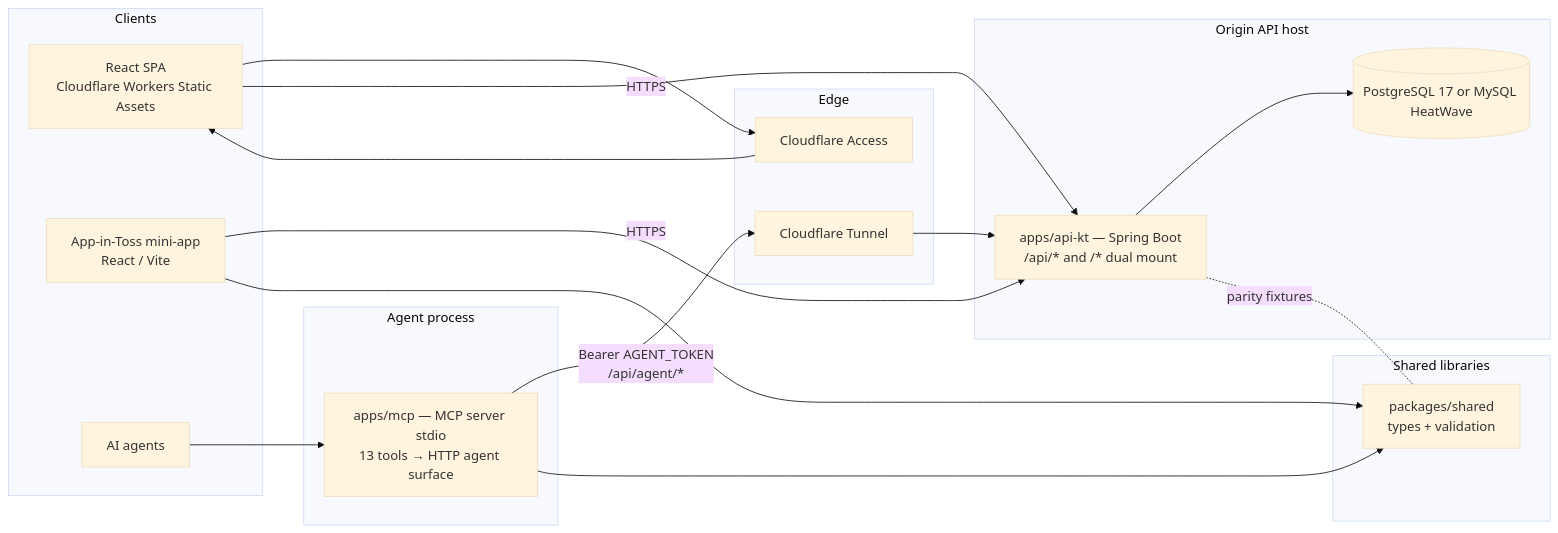
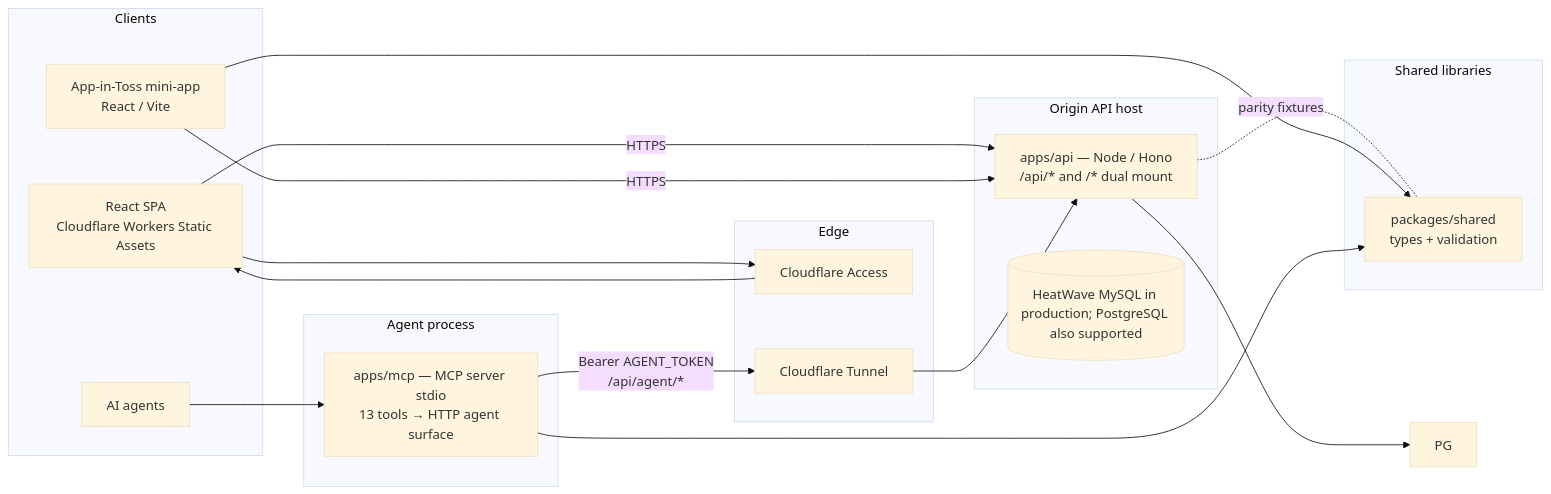
One commit to mgh3326/brewdial changed the diagram in README.md. Above: the diagram before and after it, drawn with Mermaid (base theme). The commit also changed other lines of this file and 130 other files, not shown here.

````diff
--- a/README.md
+++ b/README.md
@@ -30,38 +30,38 @@
 ```mermaid
 flowchart LR
   subgraph clients [Clients]
     WEB[React SPA<br/>Cloudflare Workers Static Assets]
     MINI[App-in-Toss mini-app<br/>React / Vite]
     AGENT[AI agents]
   end
 
   subgraph edge [Edge]
     CF_ACCESS[Cloudflare Access]
     CF_TUNNEL[Cloudflare Tunnel]
   end
 
   subgraph origin [Origin API host]
-    API["apps/api-kt — Spring Boot<br/>/api/* and /* dual mount"]
-    PG[(PostgreSQL 17 or MySQL HeatWave)]
+    API["apps/api — Node / Hono<br/>/api/* and /* dual mount"]
+    DB[(HeatWave MySQL in production; PostgreSQL also supported)]
   end
 
   subgraph packages [Shared libraries]
     SHARED["packages/shared<br/>types + validation"]
   end
 
   subgraph mcp [Agent process]
     MCP["apps/mcp — MCP server stdio<br/>13 tools → HTTP agent surface"]
   end
 
   WEB --> CF_ACCESS
   CF_ACCESS --> WEB
   WEB -->|HTTPS| API
   MINI -->|HTTPS| API
   AGENT --> MCP
   MCP -->|Bearer AGENT_TOKEN<br/>/api/agent/*| CF_TUNNEL
   CF_TUNNEL --> API
   API --> PG
   API -. parity fixtures .- SHARED
   MINI --> SHARED
   MCP --> SHARED
 ```
````
